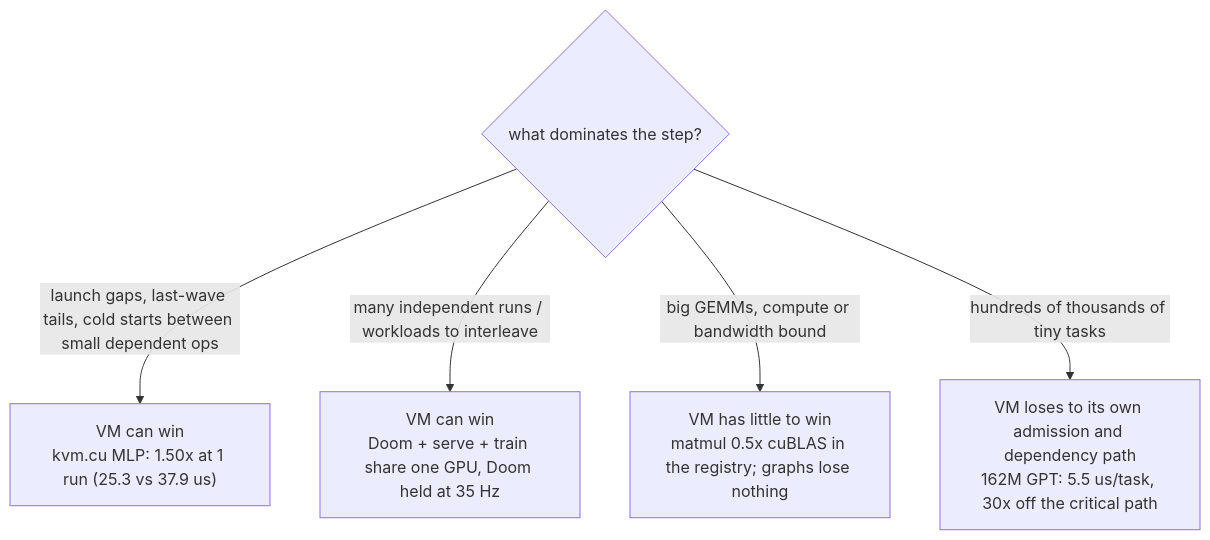
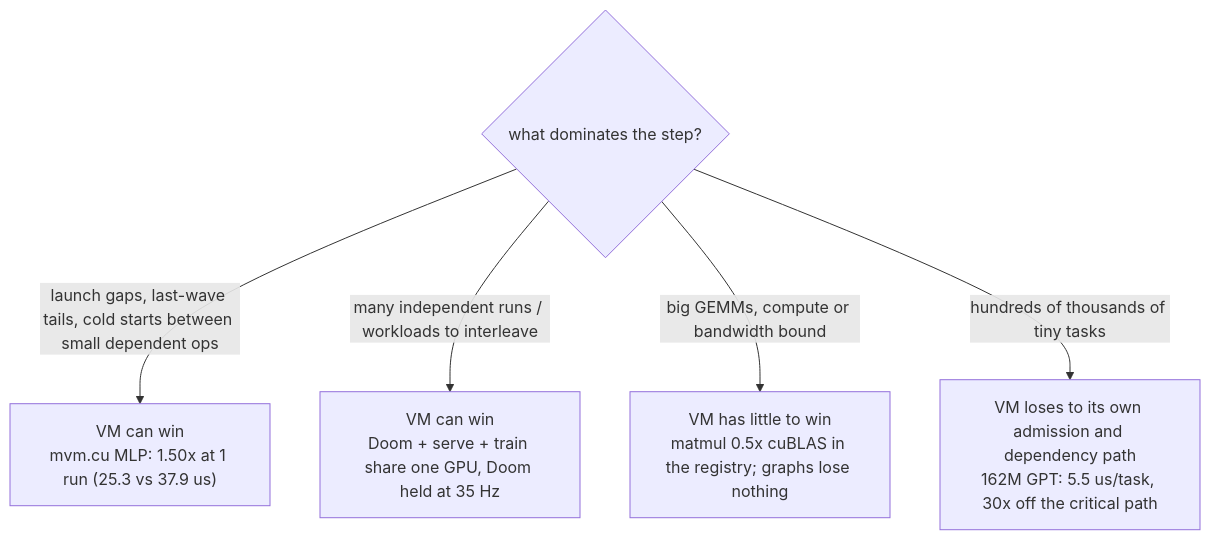
The third of 3 diagrams in README.md (Bobliuuu/kvm), drawn with Mermaid before and after one commit. The commit also changed other lines of this file and 1491 other files, not shown here.

````diff
--- a/README.md
+++ b/README.md
@@ -212,7 +238,7 @@
 ```mermaid
 flowchart TD
-  Q{"what dominates the step?"} -->|"launch gaps, last-wave tails, cold starts between small dependent ops"| W1["VM can win<br/>kvm.cu MLP: 1.50x at 1 run (25.3 vs 37.9 us)"]
+  Q{"what dominates the step?"} -->|"launch gaps, last-wave tails, cold starts between small dependent ops"| W1["VM can win<br/>mvm.cu MLP: 1.50x at 1 run (25.3 vs 37.9 us)"]
   Q -->|"many independent runs / workloads to interleave"| W2["VM can win<br/>Doom + serve + train share one GPU, Doom held at 35 Hz"]
   Q -->|"big GEMMs, compute or bandwidth bound"| L1["VM has little to win<br/>matmul 0.5x cuBLAS in the registry; graphs lose nothing"]
   Q -->|"hundreds of thousands of tiny tasks"| L2["VM loses to its own admission and dependency path<br/>162M GPT: 5.5 us/task, 30x off the critical path"]
 ```
````
